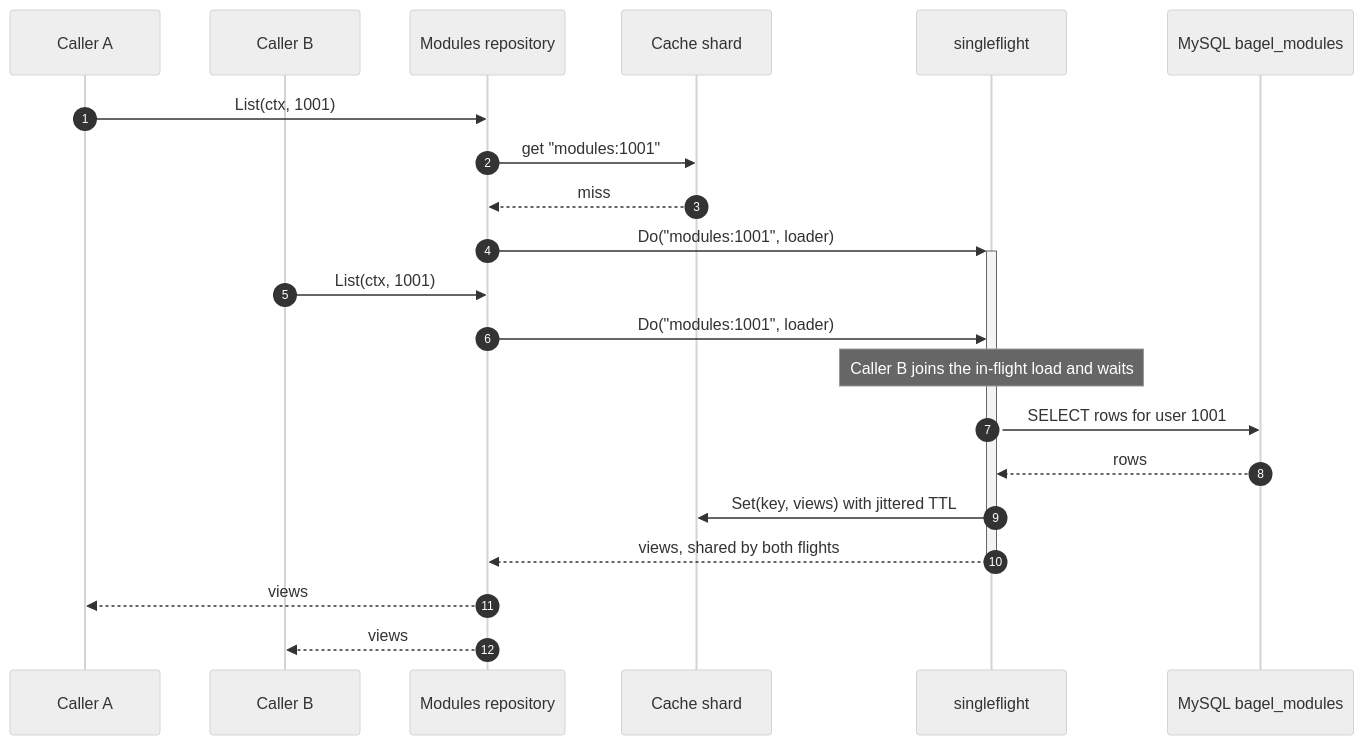
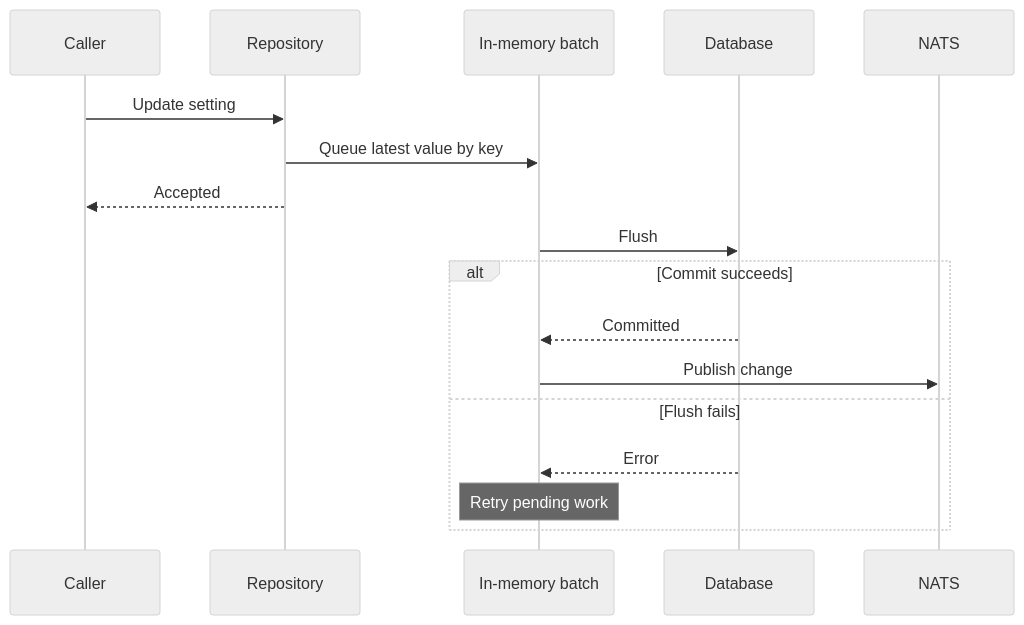
Before and after one commit to AdamOusmer/ItsBagelBot: the diagram in web/docs/src/content/docs/data-and-state/caching.md, drawn with Mermaid (neutral theme). The commit also changed other lines of this file and 171 other files, not shown here.

````diff
--- a/web/docs/src/content/docs/data-and-state/caching.md
+++ b/web/docs/src/content/docs/data-and-state/caching.md
@@ -25,24 +17,19 @@
 ```mermaid
 sequenceDiagram
-    autonumber
-    participant A as Caller A
-    participant B as Caller B
-    participant R as Modules repository
-    participant C as Cache shard
-    participant F as singleflight
-    participant DB as MySQL bagel_modules
-
-    A->>R: List(ctx, 1001)
-    R->>C: get "modules:1001"
-    C-->>R: miss
-    R->>+F: Do("modules:1001", loader)
-    B->>R: List(ctx, 1001)
-    R->>F: Do("modules:1001", loader)
-    Note over F: Caller B joins the in-flight load and waits
-    F->>DB: SELECT rows for user 1001
-    DB-->>F: rows
-    F->>C: Set(key, views) with jittered TTL
-    F-->>-R: views, shared by both flights
-    R-->>A: views
-    R-->>B: views
+    participant C as Caller
+    participant R as Repository
+    participant B as In-memory batch
+    participant D as Database
+    participant N as NATS
+    C->>R: Update setting
+    R->>B: Queue latest value by key
+    R-->>C: Accepted
+    B->>D: Flush
+    alt Commit succeeds
+        D-->>B: Committed
+        B->>N: Publish change
+    else Flush fails
+        D-->>B: Error
+        Note over B: Retry pending work
+    end
 ```
````
